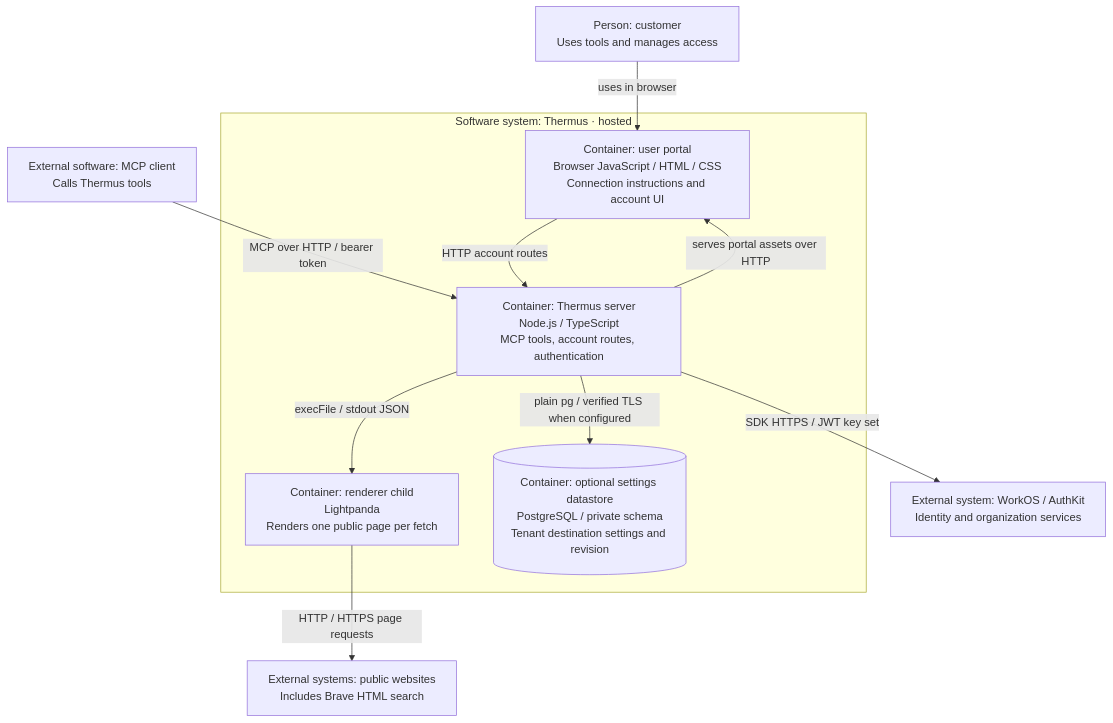
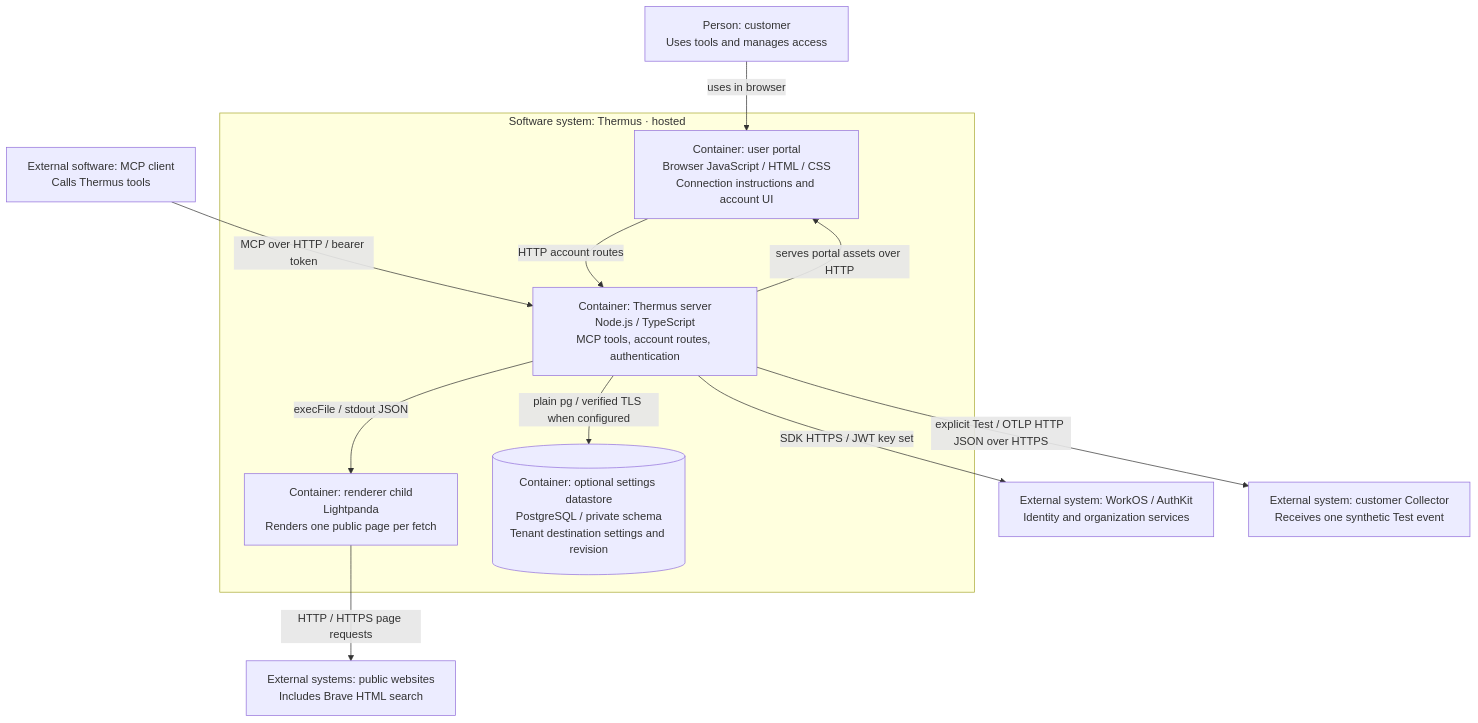
Before and after one commit to tomer-mayara/Thermus: the second of 13 diagrams in architecture/components.md, drawn with Mermaid. The commit also changed other lines of this file and 24 other files, not shown here.

Commit message:
feat(audit): test saved Collector destinations without changing settings

````diff
--- a/architecture/components.md
+++ b/architecture/components.md
@@ -55,22 +57,24 @@
 ```mermaid
 %%{init: {"flowchart": {"wrappingWidth": 260}}}%%
 flowchart TB
   hosted_user["Person: customer<br/>Uses tools and manages access"]
   hosted_client["External software: MCP client<br/>Calls Thermus tools"]
   subgraph hosted_system["Software system: Thermus · hosted"]
     hosted_portal["Container: user portal<br/>Browser JavaScript / HTML / CSS<br/>Connection instructions and account UI"]
     hosted_server["Container: Thermus server<br/>Node.js / TypeScript<br/>MCP tools, account routes, authentication"]
     hosted_renderer["Container: renderer child<br/>Lightpanda<br/>Renders one public page per fetch"]
     hosted_settings[("Container: optional settings datastore<br/>PostgreSQL / private schema<br/>Tenant destination settings and revision")]
   end
   hosted_workos["External system: WorkOS / AuthKit<br/>Identity and organization services"]
   hosted_public["External systems: public websites<br/>Includes Brave HTML search"]
+  hosted_collector["External system: customer Collector<br/>Receives one synthetic Test event"]
   hosted_user -->|uses in browser| hosted_portal
   hosted_client -->|MCP over HTTP / bearer token| hosted_server
   hosted_portal -->|HTTP account routes| hosted_server
   hosted_server -->|serves portal assets over HTTP| hosted_portal
   hosted_server -->|SDK HTTPS / JWT key set| hosted_workos
   hosted_server -->|plain pg / verified TLS when configured| hosted_settings
+  hosted_server -->|explicit Test / OTLP HTTP JSON over HTTPS| hosted_collector
   hosted_server -->|execFile / stdout JSON| hosted_renderer
   hosted_renderer -->|HTTP / HTTPS page requests| hosted_public
 ```
````
